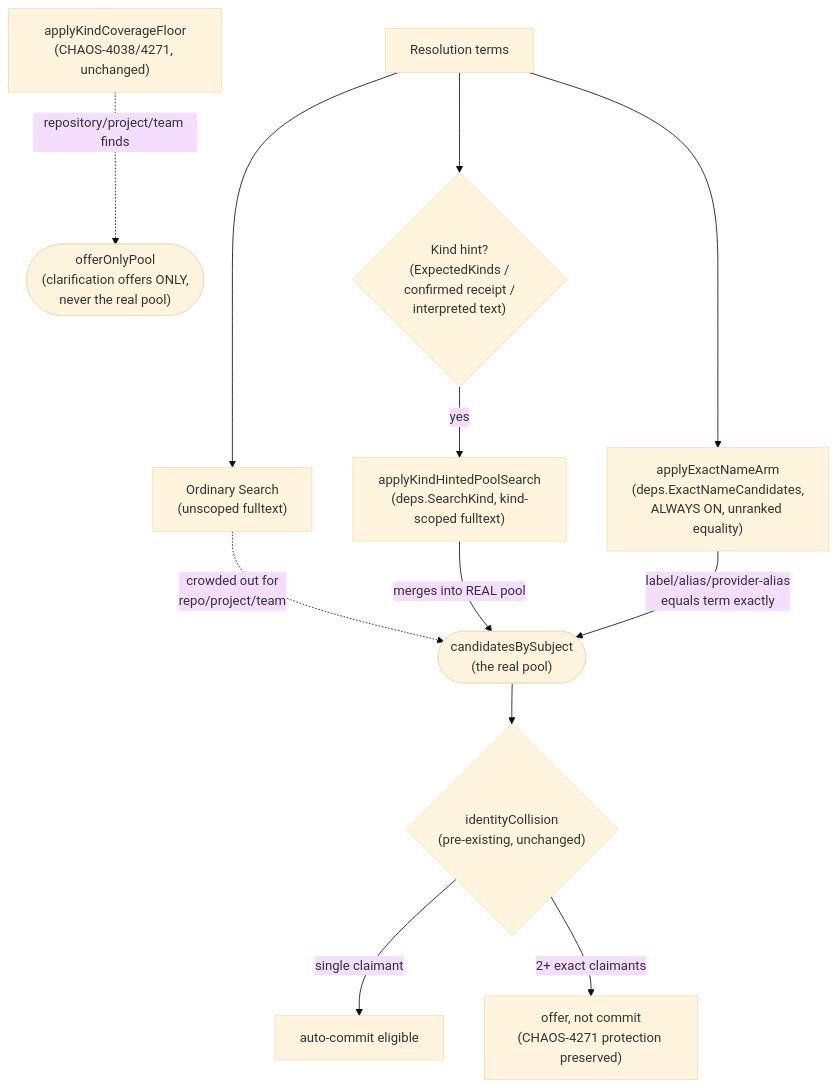
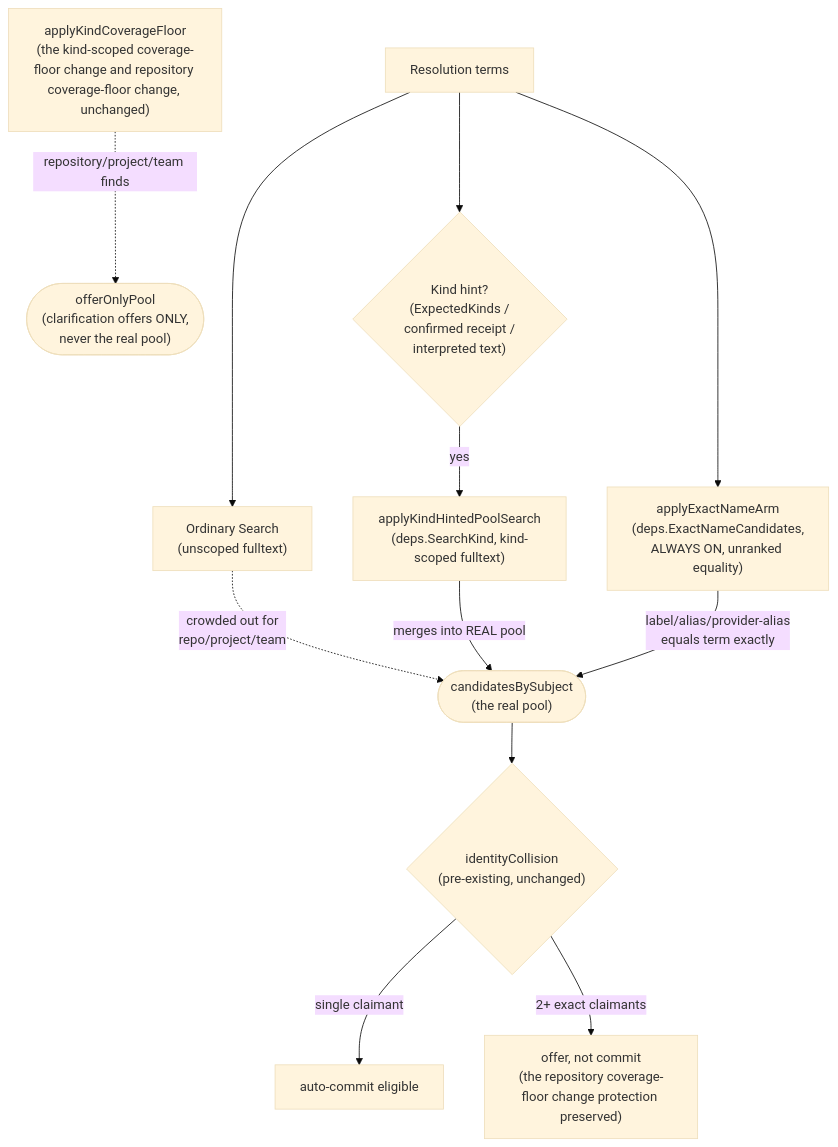
One commit to full-chaos/dev-health-acr changed the second of 2 diagrams in docs/design/context-fabric-team-project-subjects.md. Above: the diagram before and after it, drawn with Mermaid (base theme). The commit also changed other lines of this file and 61 other files, not shown here.

````diff
--- a/docs/design/context-fabric-team-project-subjects.md
+++ b/docs/design/context-fabric-team-project-subjects.md
@@ -480,15 +480,15 @@
 ```mermaid
 flowchart TD
     T["Resolution terms"] --> S["Ordinary Search<br/>(unscoped fulltext)"]
     S -.->|"crowded out for<br/>repo/project/team"| P0(["candidatesBySubject<br/>(the real pool)"])
     T --> H{"Kind hint?<br/>(ExpectedKinds /<br/>confirmed receipt /<br/>interpreted text)"}
     H -->|yes| KH["applyKindHintedPoolSearch<br/>(deps.SearchKind, kind-scoped fulltext)"]
     KH -->|merges into REAL pool| P0
     T --> EN["applyExactNameArm<br/>(deps.ExactNameCandidates,<br/>ALWAYS ON, unranked equality)"]
     EN -->|"label/alias/provider-alias<br/>equals term exactly"| P0
     P0 --> ID{"identityCollision<br/>(pre-existing, unchanged)"}
     ID -->|"single claimant"| COMMIT["auto-commit eligible"]
-    ID -->|"2+ exact claimants"| OFFER["offer, not commit<br/>(CHAOS-4271 protection preserved)"]
+    ID -->|"2+ exact claimants"| OFFER["offer, not commit<br/>(the repository coverage-floor change protection preserved)"]
 
-    CF["applyKindCoverageFloor<br/>(CHAOS-4038/4271, unchanged)"] -.->|"repository/project/team finds"| OFFPOOL(["offerOnlyPool<br/>(clarification offers ONLY,<br/>never the real pool)"])
+    CF["applyKindCoverageFloor<br/>(the kind-scoped coverage-floor change and repository coverage-floor change, unchanged)"] -.->|"repository/project/team finds"| OFFPOOL(["offerOnlyPool<br/>(clarification offers ONLY,<br/>never the real pool)"])
 ```
````
